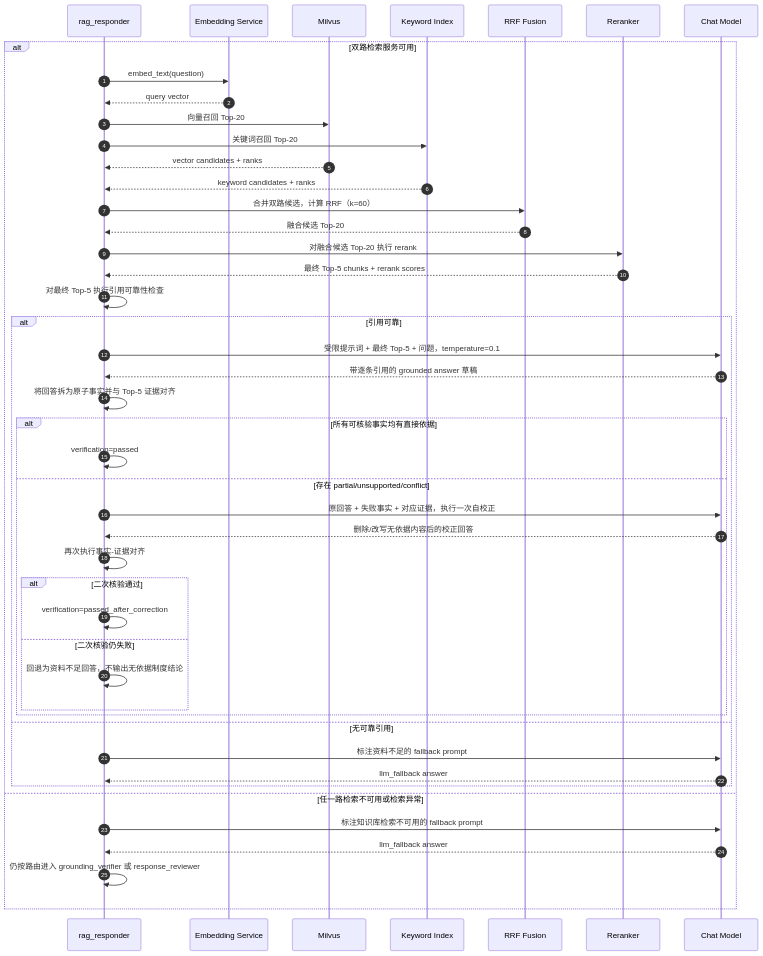
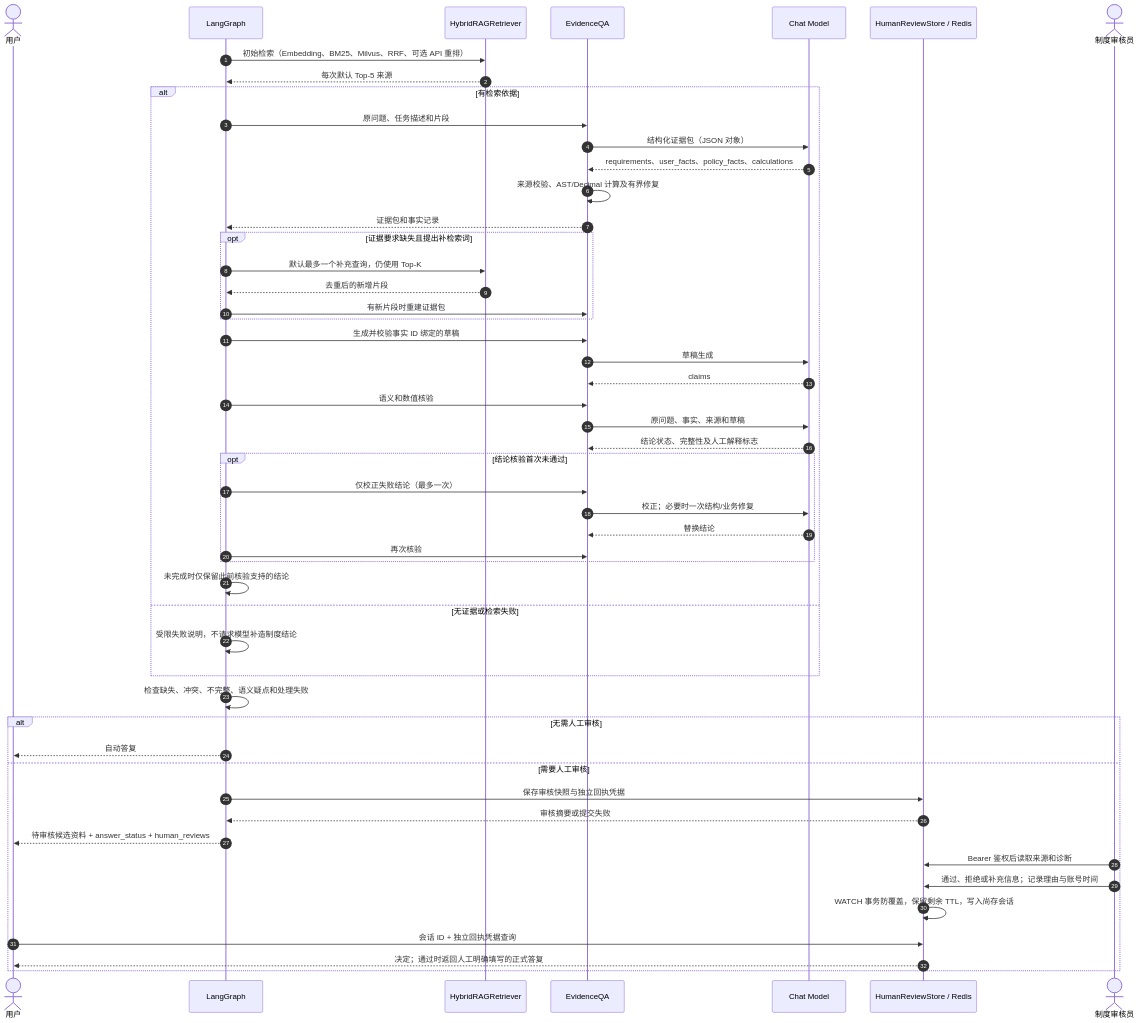
The seventh of 12 diagrams in docs/overall-design.md (wangyang-777/Multi-Agent-Business-Travel-Assistant-System), drawn with Mermaid before and after one commit. The commit also changed other lines of this file, not shown here.

Commit message:
docs: update overall design for evidence-driven QA

````diff
--- a/docs/overall-design.md
+++ b/docs/overall-design.md
@@ -470,49 +509,54 @@
 ```mermaid
 sequenceDiagram
     autonumber
-    participant Graph as rag_responder
-    participant Embed as Embedding Service
-    participant Milvus as Milvus
-    participant Keyword as Keyword Index
-    participant RRF as RRF Fusion
-    participant Reranker as Reranker
+    actor User as 用户
+    participant Graph as LangGraph
+    participant Retriever as HybridRAGRetriever
+    participant Evidence as EvidenceQA
     participant LLM as Chat Model
+    participant Store as HumanReviewStore / Redis
+    actor Reviewer as 制度审核员
 
-    alt 双路检索服务可用
-        Graph->>Embed: embed_text(question)
-        Embed-->>Graph: query vector
-        Graph->>Milvus: 向量召回 Top-20
-        Graph->>Keyword: 关键词召回 Top-20
-        Milvus-->>Graph: vector candidates + ranks
-        Keyword-->>Graph: keyword candidates + ranks
-        Graph->>RRF: 合并双路候选，计算 RRF（k=60）
-        RRF-->>Graph: 融合候选 Top-20
-        Graph->>Reranker: 对融合候选 Top-20 执行 rerank
-        Reranker-->>Graph: 最终 Top-5 chunks + rerank scores
-        Graph->>Graph: 对最终 Top-5 执行引用可靠性检查
-        alt 引用可靠
-            Graph->>LLM: 受限提示词 + 最终 Top-5 + 问题，temperature=0.1
-            LLM-->>Graph: 带逐条引用的 grounded answer 草稿
-            Graph->>Graph: 将回答拆为原子事实并与 Top-5 证据对齐
-            alt 所有可核验事实均有直接依据
-                Graph->>Graph: verification=passed
-            else 存在 partial/unsupported/conflict
-                Graph->>LLM: 原回答 + 失败事实 + 对应证据，执行一次自校正
-                LLM-->>Graph: 删除/改写无依据内容后的校正回答
-                Graph->>Graph: 再次执行事实-证据对齐
-                alt 二次核验通过
-                    Graph->>Graph: verification=passed_after_correction
-                else 二次核验仍失败
-                    Graph->>Graph: 回退为资料不足回答，不输出无依据制度结论
-                end
-            end
-        else 无可靠引用
-            Graph->>LLM: 标注资料不足的 fallback prompt
-            LLM-->>Graph: llm_fallback answer
+    Graph->>Retriever: 初始检索（Embedding、BM25、Milvus、RRF、可选 API 重排）
+    Retriever-->>Graph: 每次默认 Top-5 来源
+    alt 有检索依据
+        Graph->>Evidence: 原问题、任务描述和片段
+        Evidence->>LLM: 结构化证据包（JSON 对象）
+        LLM-->>Evidence: requirements、user_facts、policy_facts、calculations
+        Evidence->>Evidence: 来源校验、AST/Decimal 计算及有界修复
+        Evidence-->>Graph: 证据包和事实记录
+        opt 证据要求缺失且提出补检索词
+            Graph->>Retriever: 默认最多一个补充查询，仍使用 Top-K
+            Retriever-->>Graph: 去重后的新增片段
+            Graph->>Evidence: 有新片段时重建证据包
         end
-    else 任一路检索不可用或检索异常
-        Graph->>LLM: 标注知识库检索不可用的 fallback prompt
-        LLM-->>Graph: llm_fallback answer
-        Graph->>Graph: 仍按路由进入 grounding_verifier 或 response_reviewer
+        Graph->>Evidence: 生成并校验事实 ID 绑定的草稿
+        Evidence->>LLM: 草稿生成
+        LLM-->>Evidence: claims
+        Graph->>Evidence: 语义和数值核验
+        Evidence->>LLM: 原问题、事实、来源和草稿
+        LLM-->>Evidence: 结论状态、完整性及人工解释标志
+        opt 结论核验首次未通过
+            Graph->>Evidence: 仅校正失败结论（最多一次）
+            Evidence->>LLM: 校正；必要时一次结构/业务修复
+            LLM-->>Evidence: 替换结论
+            Graph->>Evidence: 再次核验
+        end
+        Graph->>Graph: 未完成时仅保留此前核验支持的结论
+    else 无证据或检索失败
+        Graph->>Graph: 受限失败说明，不请求模型补造制度结论
+    end
+    Graph->>Graph: 检查缺失、冲突、不完整、语义疑点和处理失败
+    alt 无需人工审核
+        Graph-->>User: 自动答复
+    else 需要人工审核
+        Graph->>Store: 保存审核快照与独立回执凭据
+        Store-->>Graph: 审核摘要或提交失败
+        Graph-->>User: 待审核候选资料 + answer_status + human_reviews
+        Reviewer->>Store: Bearer 鉴权后读取来源和诊断
+        Reviewer->>Store: 通过、拒绝或补充信息；记录理由与账号时间
+        Store->>Store: WATCH 事务防覆盖，保留剩余 TTL，写入尚存会话
+        User->>Store: 会话 ID + 独立回执凭据查询
+        Store-->>User: 决定；通过时返回人工明确填写的正式答复
     end
 ```
````
